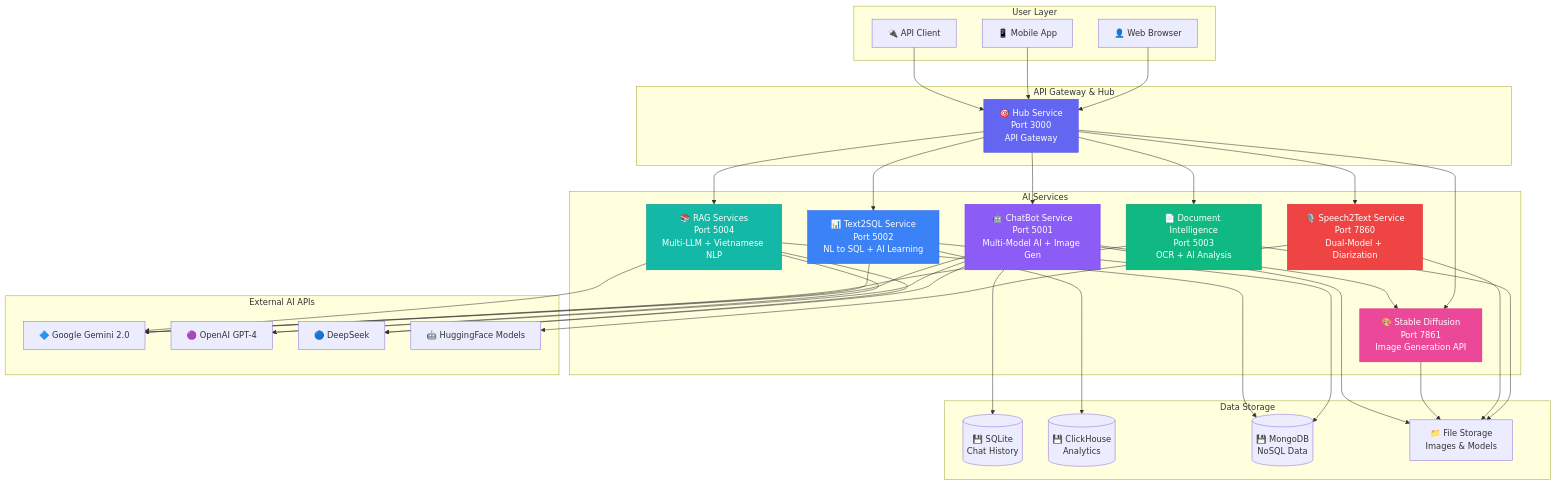
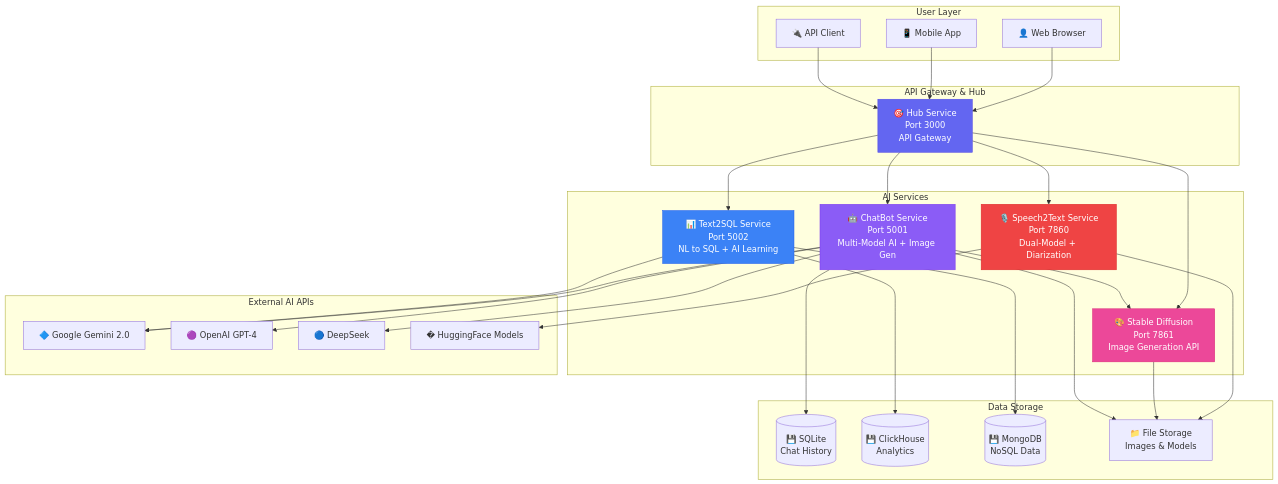
One commit to SkastVnT/AI-Assistant changed the first of 16 diagrams in README.md. Above: the diagram before and after it, drawn with Mermaid. The commit also changed other lines of this file, not shown here.

First line of the commit message:
docs: update README to reflect 4 core services + Hub Gateway architecture

````diff
--- a/README.md
+++ b/README.md
@@ -175,79 +147,65 @@
 ```mermaid
 graph TB
     subgraph User Layer
     U1[👤 Web Browser]
     U2[📱 Mobile App]
     U3[🔌 API Client]
     end
     
     subgraph API Gateway & Hub
     HUB[🎯 Hub Service<br/>Port 3000<br/>API Gateway]
     end
     
     subgraph AI Services
     CB[🤖 ChatBot Service<br/>Port 5001<br/>Multi-Model AI + Image Gen]
     T2S[📊 Text2SQL Service<br/>Port 5002<br/>NL to SQL + AI Learning]
-    DIS[📄 Document Intelligence<br/>Port 5003<br/>OCR + AI Analysis]
-    RAG[📚 RAG Services<br/>Port 5004<br/>Multi-LLM + Vietnamese NLP]
     S2T[🎙️ Speech2Text Service<br/>Port 7860<br/>Dual-Model + Diarization]
     SD[🎨 Stable Diffusion<br/>Port 7861<br/>Image Generation API]
     end
     
     subgraph External AI APIs
     API1[🔷 Google Gemini 2.0]
     API2[🟣 OpenAI GPT-4]
     API3[🔵 DeepSeek]
-    API4[🤖 HuggingFace Models]
+    API4[� HuggingFace Models]
     end
     
     subgraph Data Storage
     DB1[(💾 SQLite<br/>Chat History)]
     DB2[(💾 ClickHouse<br/>Analytics)]
     DB3[(💾 MongoDB<br/>NoSQL Data)]
     FS[📁 File Storage<br/>Images & Models]
     end
     
     U1 --> HUB
     U2 --> HUB
     U3 --> HUB
     
     HUB --> CB
     HUB --> T2S
-    HUB --> DIS
-    HUB --> RAG
     HUB --> S2T
     HUB --> SD
     
     CB --> API1
     CB --> API2
     CB --> API3
     CB --> SD
     
     T2S --> API1
     T2S --> DB2
     T2S --> DB3
     
-    DIS --> API1
-    DIS --> FS
-    
-    RAG --> API1
-    RAG --> API2
-    RAG --> API3
-    RAG --> DB3
-    
     S2T --> API4
     S2T --> FS
     
     SD --> FS
     
     CB --> DB1
     CB --> FS
     
     style HUB fill:#6366F1,stroke:#4F46E5,color:#fff
     style CB fill:#8B5CF6,stroke:#7C3AED,color:#fff
     style T2S fill:#3B82F6,stroke:#2563EB,color:#fff
-    style DIS fill:#10B981,stroke:#059669,color:#fff
-    style RAG fill:#14B8A6,stroke:#0D9488,color:#fff
     style S2T fill:#EF4444,stroke:#DC2626,color:#fff
     style SD fill:#EC4899,stroke:#DB2777,color:#fff
 ```
````
